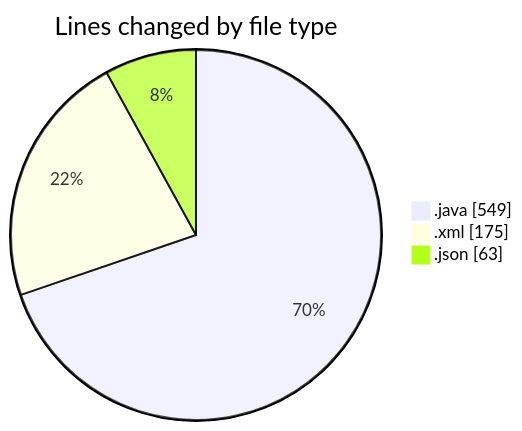
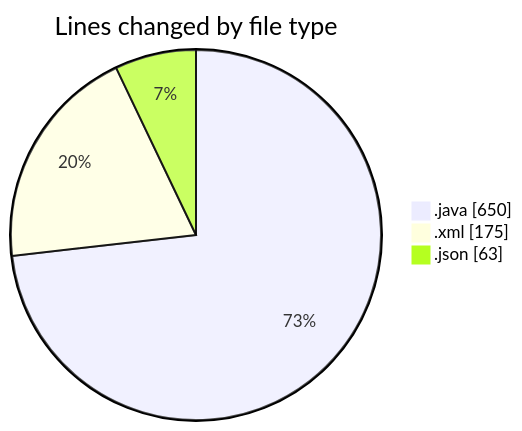
One commit to ricardozamudiocil/code-tracking changed the first of 2 diagrams in 2026-07-07/cilreports__workspace_/README.md. Above: the diagram before and after it, drawn with Mermaid. The commit also changed other lines of this file and 1 other file, not shown here.

````diff
--- a/2026-07-07/cilreports__workspace_/README.md
+++ b/2026-07-07/cilreports__workspace_/README.md
@@ -22,7 +22,7 @@
 ```mermaid
 pie showData
 title Lines changed by file type
-".java" : 549
+".java" : 650
 ".xml" : 175
 ".json" : 63
 ```
````
